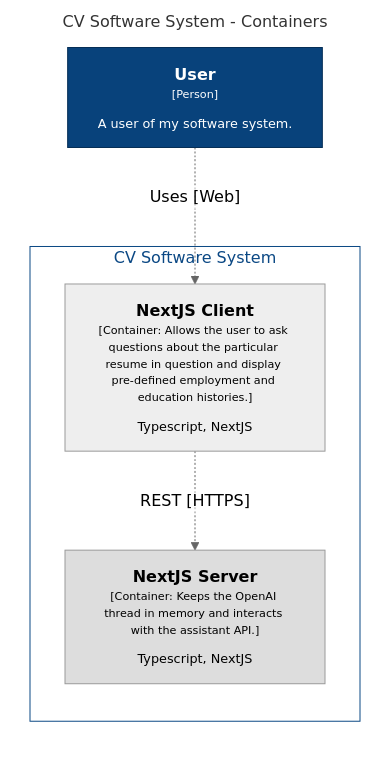
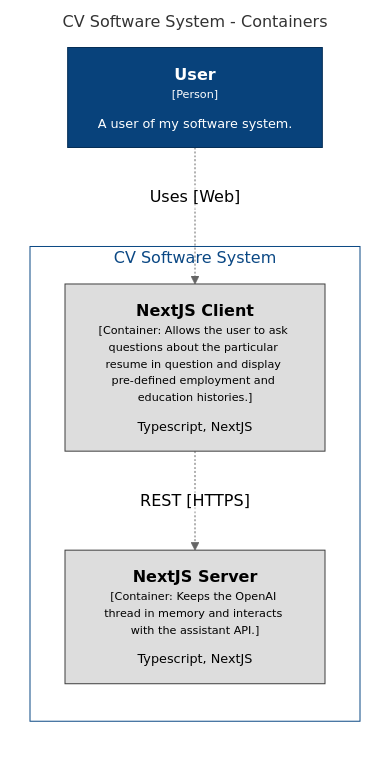
Before and after one commit to alexknips/nextjs-cv: the third of 3 diagrams in README.md, drawn with Mermaid (neutral theme).

````diff
--- a/README.md
+++ b/README.md
@@ -55,23 +55,23 @@
 ```mermaid
 graph LR
   linkStyle default fill:#ffffff
 
   subgraph diagram ["CV Software System - Containers"]
     style diagram fill:#ffffff,stroke:#ffffff
 
     2["<div style='font-weight: bold'>User</div><div style='font-size: 70%; margin-top: 0px'>[Person]</div><div style='font-size: 80%; margin-top:10px'>A user of my software system.</div>"]
     style 2 fill:#08427b,stroke:#052e56,color:#ffffff
 
     subgraph 4 [CV Software System]
       style 4 fill:#ffffff,stroke:#0b4884,color:#0b4884
 
       5["<div style='font-weight: bold'>NextJS Client</div><div style='font-size: 70%; margin-top: 0px'>[Container: Allows the user to ask questions about the particular resume in question and display pre-defined employment and education histories.]</div><div style='font-size: 80%; margin-top:10px'>Typescript, NextJS</div>"]
-      style 5 fill:#eeeeee,stroke:#9a9a9a,color:#000000
+      style 5 fill:#dddddd,stroke:#3e3e3e,color:#000000
       6["<div style='font-weight: bold'>NextJS Server</div><div style='font-size: 70%; margin-top: 0px'>[Container: Keeps the OpenAI thread in memory and interacts with the assistant API.]</div><div style='font-size: 80%; margin-top:10px'>Typescript, NextJS</div>"]
-      style 6 fill:#dddddd,stroke:#9a9a9a,color:#000000
+      style 6 fill:#dddddd,stroke:#3e3e3e,color:#000000
     end
 
     5-. "<div>REST [HTTPS]</div><div style='font-size: 70%'></div>" .->6
     2-. "<div>Uses [Web]</div><div style='font-size: 70%'></div>" .->5
   end
 ```
````
